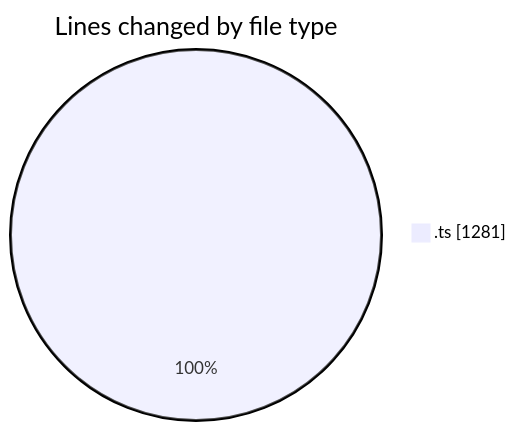
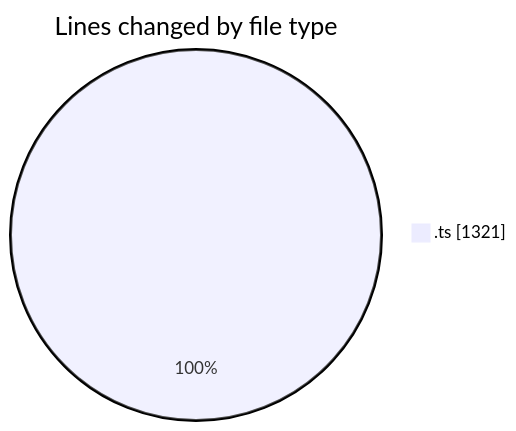
The first of 2 diagrams in 2025-12-16/cda/README.md (momahboobian/code-tracking), drawn with Mermaid before and after one commit. The commit also changed other lines of this file and 1 other file, not shown here.

````diff
--- a/2025-12-16/cda/README.md
+++ b/2025-12-16/cda/README.md
@@ -21,5 +21,5 @@
 ```mermaid
 pie showData
 title Lines changed by file type
-".ts" : 1281
+".ts" : 1321
 ```
````
